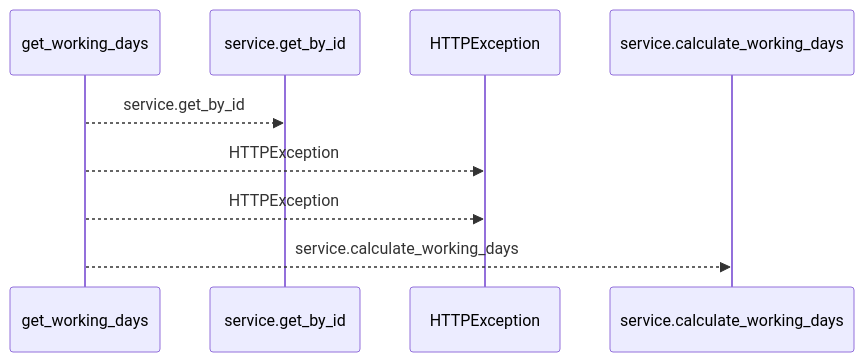
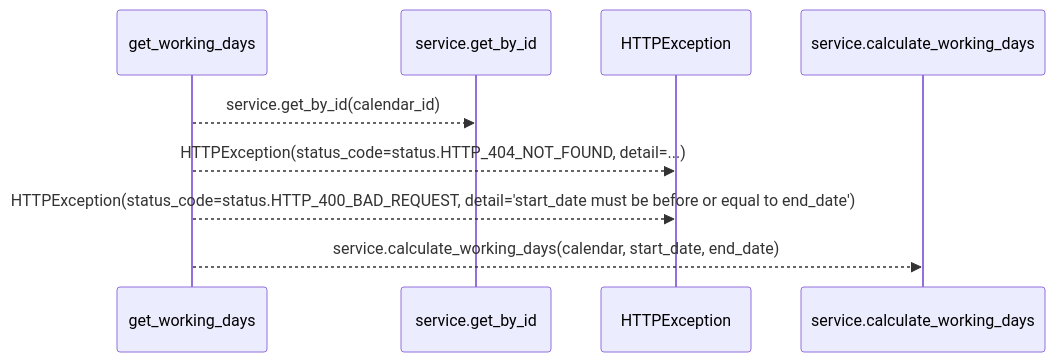
Before and after one commit to Denissvgn/WorkChord: the first of 2 diagrams in docs/llm_wiki/flows/http-get_working_days.md, drawn with Mermaid. The commit also changed other lines of this file and 25171 other files, not shown here.

````diff
--- a/docs/llm_wiki/flows/http-get_working_days.md
+++ b/docs/llm_wiki/flows/http-get_working_days.md
@@ -10,11 +12,11 @@
 ```mermaid
 sequenceDiagram
     participant p0 as get_working_days
     participant p1 as service.get_by_id
     participant p2 as HTTPException
     participant p3 as service.calculate_working_days
-    p0-->>p1: service.get_by_id
-    p0-->>p2: HTTPException
-    p0-->>p2: HTTPException
-    p0-->>p3: service.calculate_working_days
+    p0-->>p1: service.get_by_id(calendar_id)
+    p0-->>p2: HTTPException(status_code=status.HTTP_404_NOT_FOUND, detail=...)
+    p0-->>p2: HTTPException(status_code=status.HTTP_400_BAD_REQUEST, detail='start_date must be before or equal to end_date')
+    p0-->>p3: service.calculate_working_days(calendar, start_date, end_date)
 ```
````
